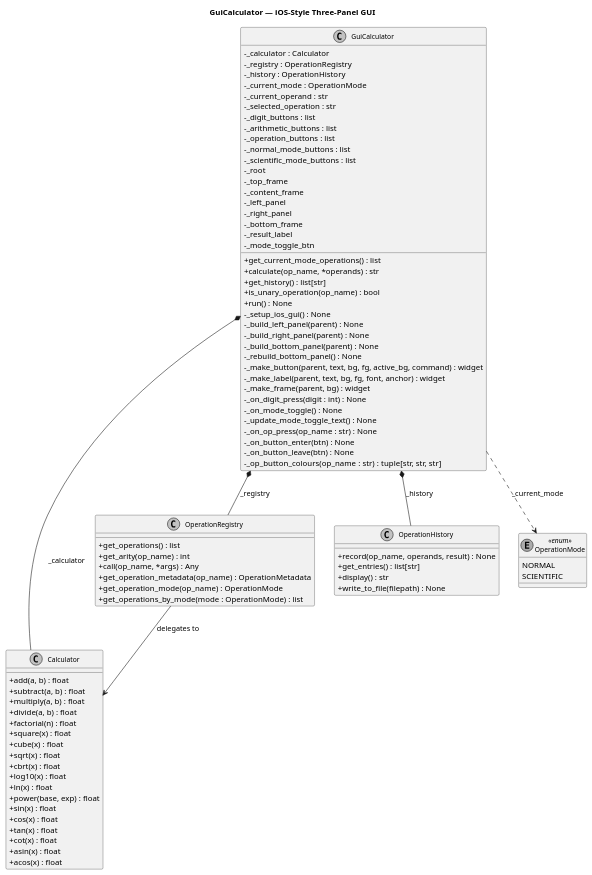
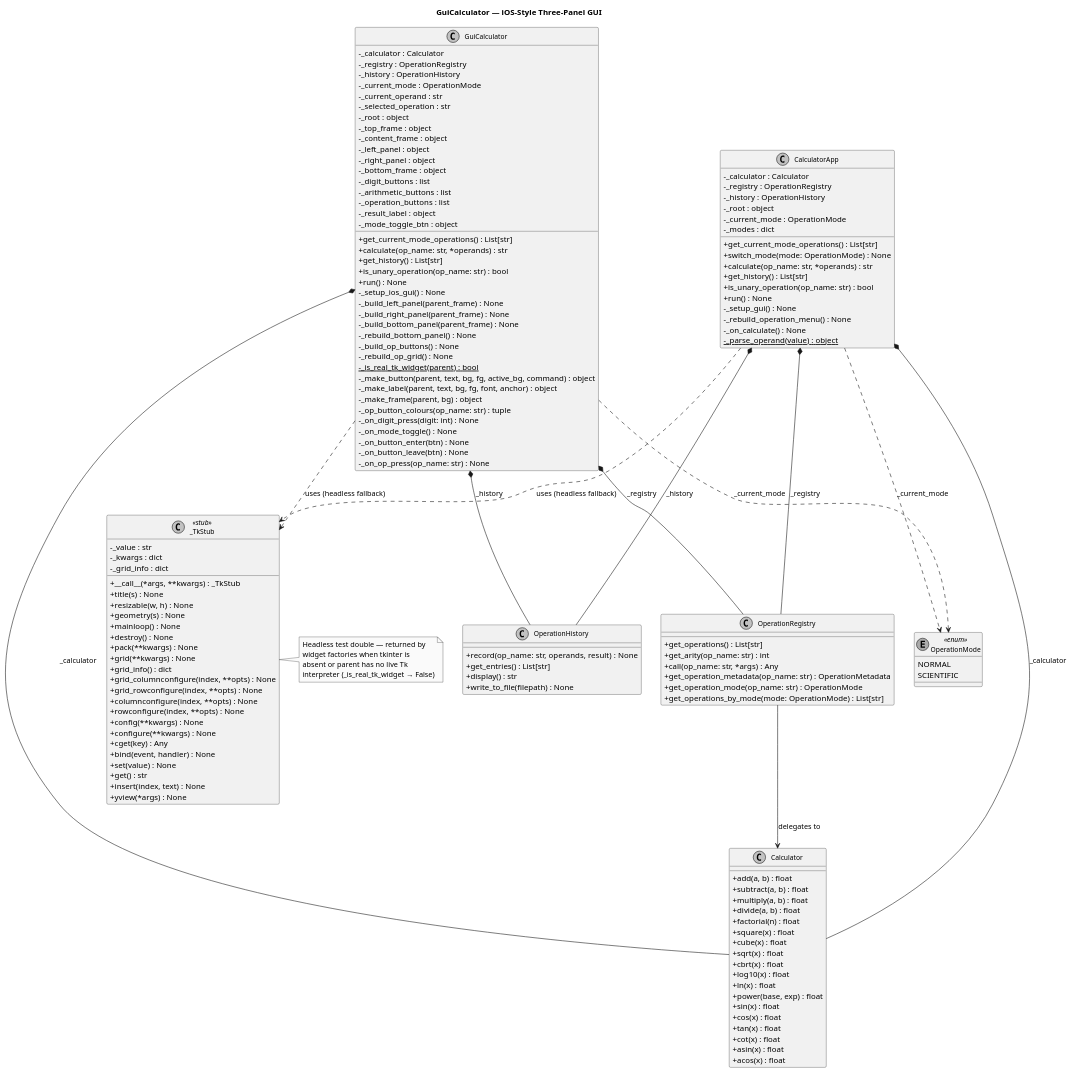
Before and after one commit to DanielRiha8906/Calculator_bachelor_autoevolution_team: the diagram in artifacts/class_gui_calculator.puml, drawn with PlantUML. The commit also changed 5 other files, not shown here.

Commit message:
docs: add PlantUML diagrams for iOS-style GuiCalculator redesign (issue #465)

```diff
--- a/artifacts/class_gui_calculator.puml
+++ b/artifacts/class_gui_calculator.puml
@@ -1,105 +1,173 @@
 @startuml
 skinparam monochrome true
 skinparam shadowing false
 skinparam classAttributeIconSize 0
 skinparam classFontSize 12
 title GuiCalculator — iOS-Style Three-Panel GUI
 
+class _TkStub <<stub>> {
+    - _value : str
+    - _kwargs : dict
+    - _grid_info : dict
+    + __call__(*args, **kwargs) : _TkStub
+    + title(s) : None
+    + resizable(w, h) : None
+    + geometry(s) : None
+    + mainloop() : None
+    + destroy() : None
+    + pack(**kwargs) : None
+    + grid(**kwargs) : None
+    + grid_info() : dict
+    + grid_columnconfigure(index, **opts) : None
+    + grid_rowconfigure(index, **opts) : None
+    + columnconfigure(index, **opts) : None
+    + rowconfigure(index, **opts) : None
+    + config(**kwargs) : None
+    + configure(**kwargs) : None
+    + cget(key) : Any
+    + bind(event, handler) : None
+    + set(value) : None
+    + get() : str
+    + insert(index, text) : None
+    + yview(*args) : None
+}
+
+note right of _TkStub
+  Headless test double — returned by
+  widget factories when tkinter is
+  absent or parent has no live Tk
+  interpreter (_is_real_tk_widget → False)
+end note
+
 class GuiCalculator {
-    ' --- State ---
+    ' --- Core dependencies ---
     - _calculator : Calculator
     - _registry : OperationRegistry
     - _history : OperationHistory
+    ' --- Mode & state ---
     - _current_mode : OperationMode
     - _current_operand : str
     - _selected_operation : str
+    ' --- Layout frames ---
+    - _root : object
+    - _top_frame : object
+    - _content_frame : object
+    - _left_panel : object
+    - _right_panel : object
+    - _bottom_frame : object
+    ' --- Widget collections ---
     - _digit_buttons : list
     - _arithmetic_buttons : list
     - _operation_buttons : list
-    - _normal_mode_buttons : list
-    - _scientific_mode_buttons : list
-    ' --- Widget references ---
-    - _root
-    - _top_frame
-    - _content_frame
-    - _left_panel
-    - _right_panel
-    - _bottom_frame
-    - _result_label
-    - _mode_toggle_btn
+    ' --- Named widgets ---
+    - _result_label : object
+    - _mode_toggle_btn : object
     ' --- Public API ---
-    + get_current_mode_operations() : list
-    + calculate(op_name, *operands) : str
-    + get_history() : list[str]
-    + is_unary_operation(op_name) : bool
+    + get_current_mode_operations() : List[str]
+    + calculate(op_name: str, *operands) : str
+    + get_history() : List[str]
+    + is_unary_operation(op_name: str) : bool
     + run() : None
     ' --- Layout setup ---
     - _setup_ios_gui() : None
-    - _build_left_panel(parent) : None
-    - _build_right_panel(parent) : None
-    - _build_bottom_panel(parent) : None
+    - _build_left_panel(parent_frame) : None
+    - _build_right_panel(parent_frame) : None
+    - _build_bottom_panel(parent_frame) : None
     - _rebuild_bottom_panel() : None
+    - _build_op_buttons() : None
+    - _rebuild_op_grid() : None
     ' --- Widget factories ---
-    - _make_button(parent, text, bg, fg, active_bg, command) : widget
-    - _make_label(parent, text, bg, fg, font, anchor) : widget
-    - _make_frame(parent, bg) : widget
+    - {static} _is_real_tk_widget(parent) : bool
+    - _make_button(parent, text, bg, fg, active_bg, command) : object
+    - _make_label(parent, text, bg, fg, font, anchor) : object
+    - _make_frame(parent, bg) : object
+    - _op_button_colours(op_name: str) : tuple
     ' --- Interaction handlers ---
-    - _on_digit_press(digit : int) : None
+    - _on_digit_press(digit: int) : None
     - _on_mode_toggle() : None
-    - _update_mode_toggle_text() : None
-    - _on_op_press(op_name : str) : None
     - _on_button_enter(btn) : None
     - _on_button_leave(btn) : None
-    ' --- Color helper ---
-    - _op_button_colours(op_name : str) : tuple[str, str, str]
+    - _on_op_press(op_name: str) : None
+}
+
+class CalculatorApp {
+    - _calculator : Calculator
+    - _registry : OperationRegistry
+    - _history : OperationHistory
+    - _root : object
+    - _current_mode : OperationMode
+    - _modes : dict
+    + get_current_mode_operations() : List[str]
+    + switch_mode(mode: OperationMode) : None
+    + calculate(op_name: str, *operands) : str
+    + get_history() : List[str]
+    + is_unary_operation(op_name: str) : bool
+    + run() : None
+    - _setup_gui() : None
+    - _rebuild_operation_menu() : None
+    - _on_calculate() : None
+    - {static} _parse_operand(value) : object
 }
 
 class Calculator {
     + add(a, b) : float
     + subtract(a, b) : float
     + multiply(a, b) : float
     + divide(a, b) : float
     + factorial(n) : float
     + square(x) : float
     + cube(x) : float
     + sqrt(x) : float
     + cbrt(x) : float
     + log10(x) : float
     + ln(x) : float
     + power(base, exp) : float
     + sin(x) : float
     + cos(x) : float
     + tan(x) : float
     + cot(x) : float
     + asin(x) : float
     + acos(x) : float
 }
 
 class OperationRegistry {
-    + get_operations() : list
-    + get_arity(op_name) : int
-    + call(op_name, *args) : Any
-    + get_operation_metadata(op_name) : OperationMetadata
-    + get_operation_mode(op_name) : OperationMode
-    + get_operations_by_mode(mode : OperationMode) : list
+    + get_operations() : List[str]
+    + get_arity(op_name: str) : int
+    + call(op_name: str, *args) : Any
+    + get_operation_metadata(op_name: str) : OperationMetadata
+    + get_operation_mode(op_name: str) : OperationMode
+    + get_operations_by_mode(mode: OperationMode) : List[str]
 }
 
 class OperationHistory {
-    + record(op_name, operands, result) : None
-    + get_entries() : list[str]
+    + record(op_name: str, operands, result) : None
+    + get_entries() : List[str]
     + display() : str
     + write_to_file(filepath) : None
 }
 
 enum OperationMode <<enum>> {
     NORMAL
     SCIENTIFIC
 }
 
-GuiCalculator *-- Calculator       : _calculator
-GuiCalculator *-- OperationRegistry : _registry
-GuiCalculator *-- OperationHistory  : _history
-GuiCalculator ..> OperationMode     : _current_mode
-OperationRegistry --> Calculator    : delegates to
+' Composition — each GUI class owns its core collaborators
+GuiCalculator  *-- Calculator        : _calculator
+GuiCalculator  *-- OperationRegistry : _registry
+GuiCalculator  *-- OperationHistory  : _history
+CalculatorApp  *-- Calculator        : _calculator
+CalculatorApp  *-- OperationRegistry : _registry
+CalculatorApp  *-- OperationHistory  : _history
+
+' Mode usage
+GuiCalculator  ..> OperationMode : _current_mode
+CalculatorApp  ..> OperationMode : _current_mode
+
+' Stub fallback (headless/test environments)
+GuiCalculator  ..> _TkStub : uses (headless fallback)
+CalculatorApp  ..> _TkStub : uses (headless fallback)
+
+' Registry delegates math to Calculator
+OperationRegistry --> Calculator : delegates to
 
 @enduml
```
